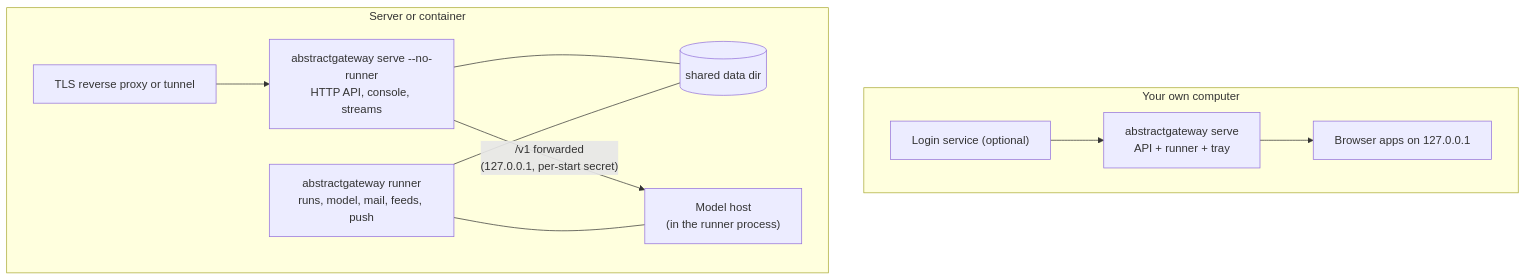
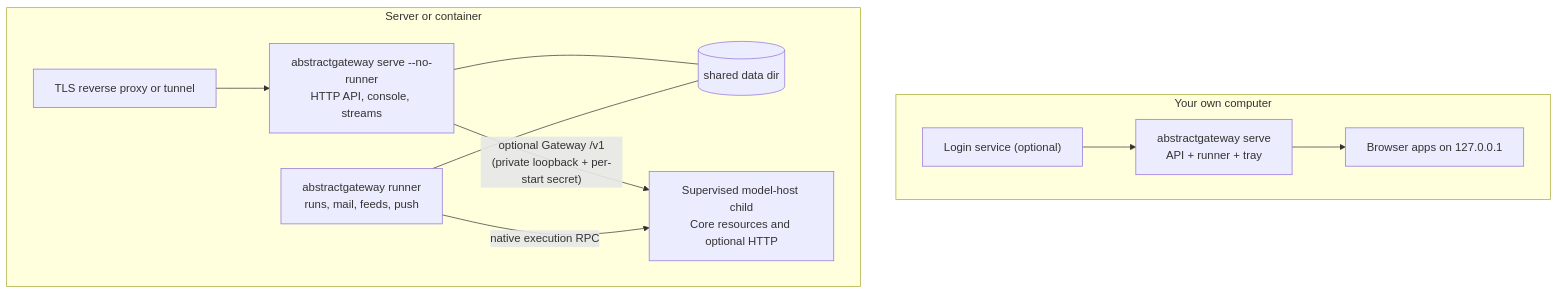
Before and after one commit to lpalbou/AbstractGateway: diagram 11 of 12 in docs/architecture.md, drawn with Mermaid. The commit also changed other lines of this file and 11 other files, not shown here.

Commit message:
Document native execution and optional Core HTTP boundaries

````diff
--- a/docs/architecture.md
+++ b/docs/architecture.md
@@ -820,14 +820,14 @@
 ```mermaid
 flowchart TB
   subgraph Desktop["Your own computer"]
     LS["Login service (optional)"] --> Serve1["abstractgateway serve<br/>API + runner + tray"]
     Serve1 --> AppsLocal["Browser apps on 127.0.0.1"]
   end
   subgraph Server["Server or container"]
     API["abstractgateway serve --no-runner<br/>HTTP API, console, streams"] --- DD[("shared data dir")]
-    Worker["abstractgateway runner<br/>runs, model, mail, feeds, push"] --- DD
+    Worker["abstractgateway runner<br/>runs, mail, feeds, push"] --- DD
     Proxy["TLS reverse proxy or tunnel"] --> API
-    API -->|"/v1 forwarded<br/>(127.0.0.1, per-start secret)"| ModelHost["Model host<br/>(in the runner process)"]
-    Worker --- ModelHost
+    API -->|"optional Gateway /v1<br/>(private loopback + per-start secret)"| ModelHost["Supervised model-host child<br/>Core resources and optional HTTP"]
+    Worker -->|"native execution RPC"| ModelHost
   end
 ```
````
